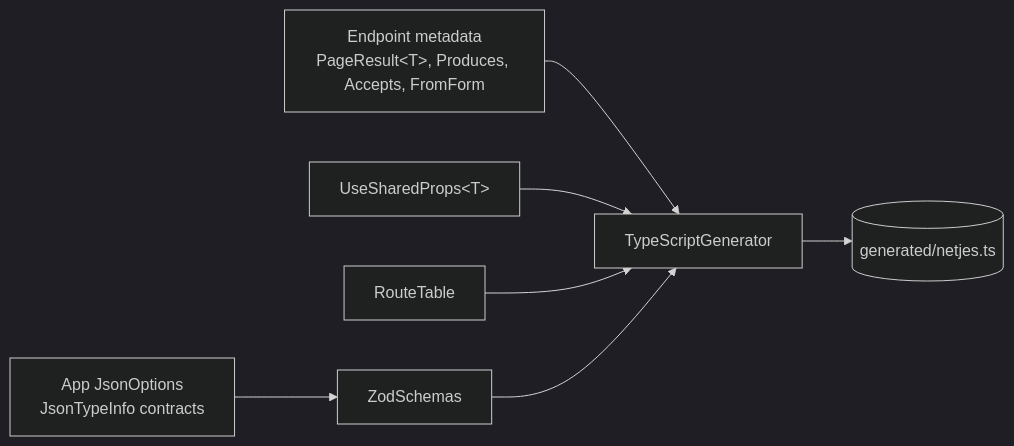
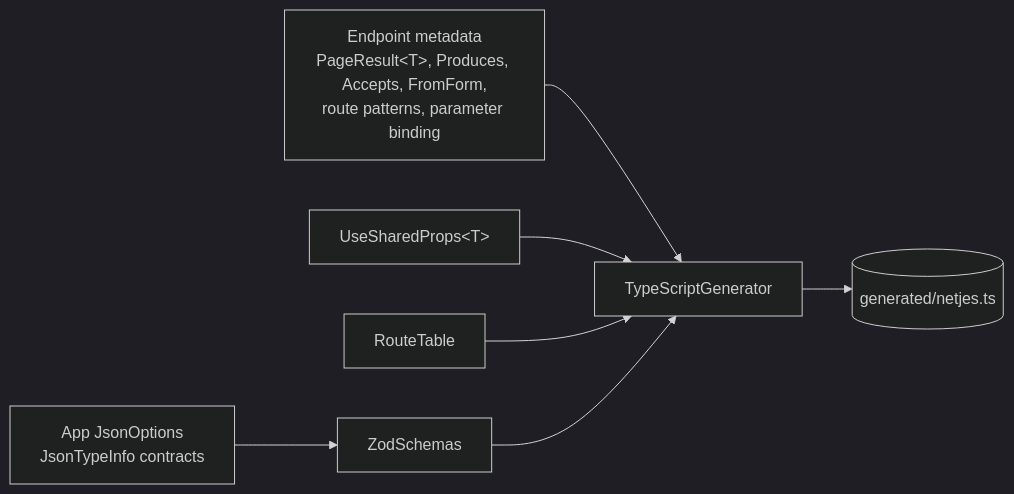
One commit to DennisVerhoeven/netjes changed the fifth of 5 diagrams in docs/architecture.md. Above: the diagram before and after it, drawn with Mermaid (dark theme). The commit also changed other lines of this file, not shown here.

````diff
--- a/docs/architecture.md
+++ b/docs/architecture.md
@@ -247,8 +247,8 @@
 ```mermaid
 flowchart LR
-  endpoints[Endpoint metadata<br/>PageResult&lt;T&gt;, Produces, Accepts, FromForm] --> generator[TypeScriptGenerator]
+  endpoints[Endpoint metadata<br/>PageResult&lt;T&gt;, Produces, Accepts, FromForm,<br/>route patterns, parameter binding] --> generator[TypeScriptGenerator]
   shared[UseSharedProps&lt;T&gt;] --> generator
   table[RouteTable] --> generator
   json[App JsonOptions<br/>JsonTypeInfo contracts] --> zod[ZodSchemas] --> generator
   generator --> file[(generated/netjes.ts)]
 ```
````
